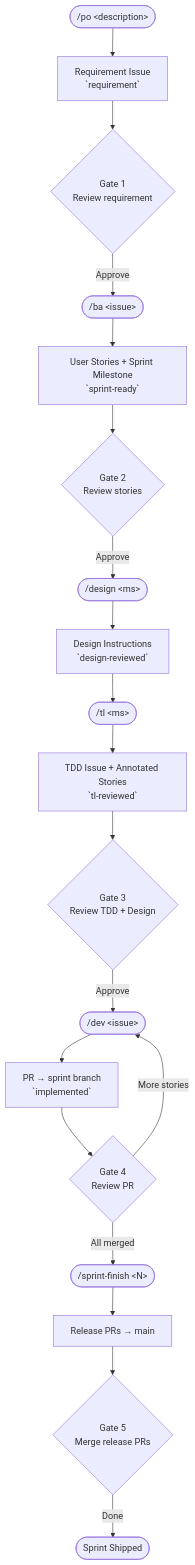
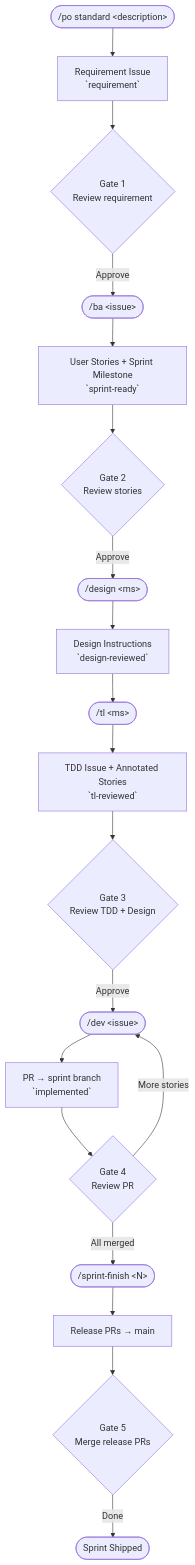
One commit to simpscal/notism changed the first of 2 diagrams in README.md. Above: the diagram before and after it, drawn with Mermaid. The commit also changed other lines of this file and 4 other files, not shown here.

````diff
--- a/README.md
+++ b/README.md
@@ -21,21 +21,21 @@
 ```mermaid
 flowchart TD
-    A(["/po &lt;description&gt;"]) --> B["Requirement Issue<br/>`requirement`"]
+    A(["/po standard &lt;description&gt;"]) --> B["Requirement Issue<br/>`requirement`"]
     B --> G1{Gate 1<br/>Review requirement}
     G1 -->|Approve| C(["/ba &lt;issue&gt;"])
     C --> D["User Stories + Sprint Milestone<br/>`sprint-ready`"]
     D --> G2{Gate 2<br/>Review stories}
     G2 -->|Approve| E1(["/design &lt;ms&gt;"])
     E1 --> F1["Design Instructions<br/>`design-reviewed`"]
     F1 --> E2(["/tl &lt;ms&gt;"])
     E2 --> F2["TDD Issue + Annotated Stories<br/>`tl-reviewed`"]
     F2 --> G3{Gate 3<br/>Review TDD + Design}
     G3 -->|Approve| H(["/dev &lt;issue&gt;"])
     H --> I["PR → sprint branch<br/>`implemented`"]
     I --> G4{Gate 4<br/>Review PR}
     G4 -->|More stories| H
     G4 -->|All merged| J(["/sprint-finish &lt;N&gt;"])
     J --> K["Release PRs → main"]
     K --> G5{Gate 5<br/>Merge release PRs}
     G5 -->|Done| L([Sprint Shipped])
 ```
````
